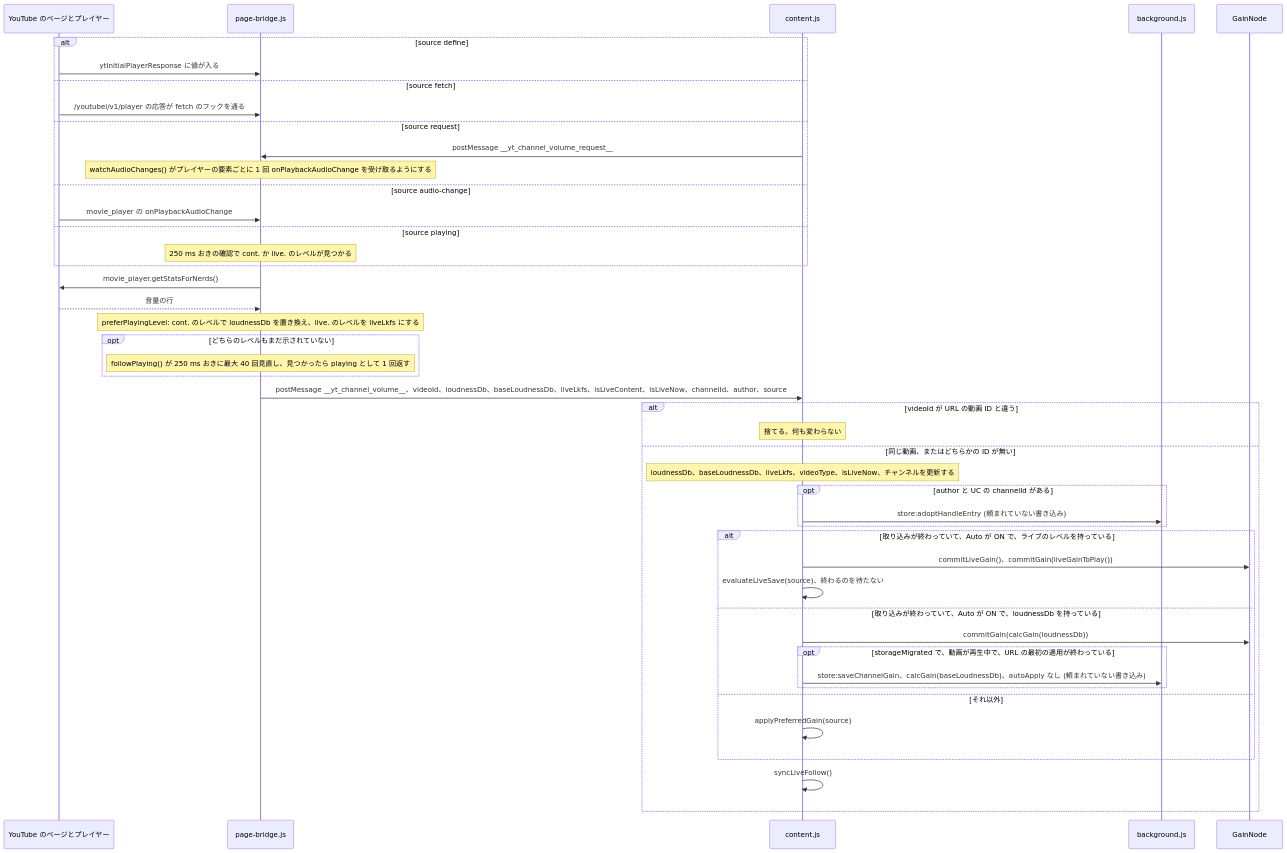
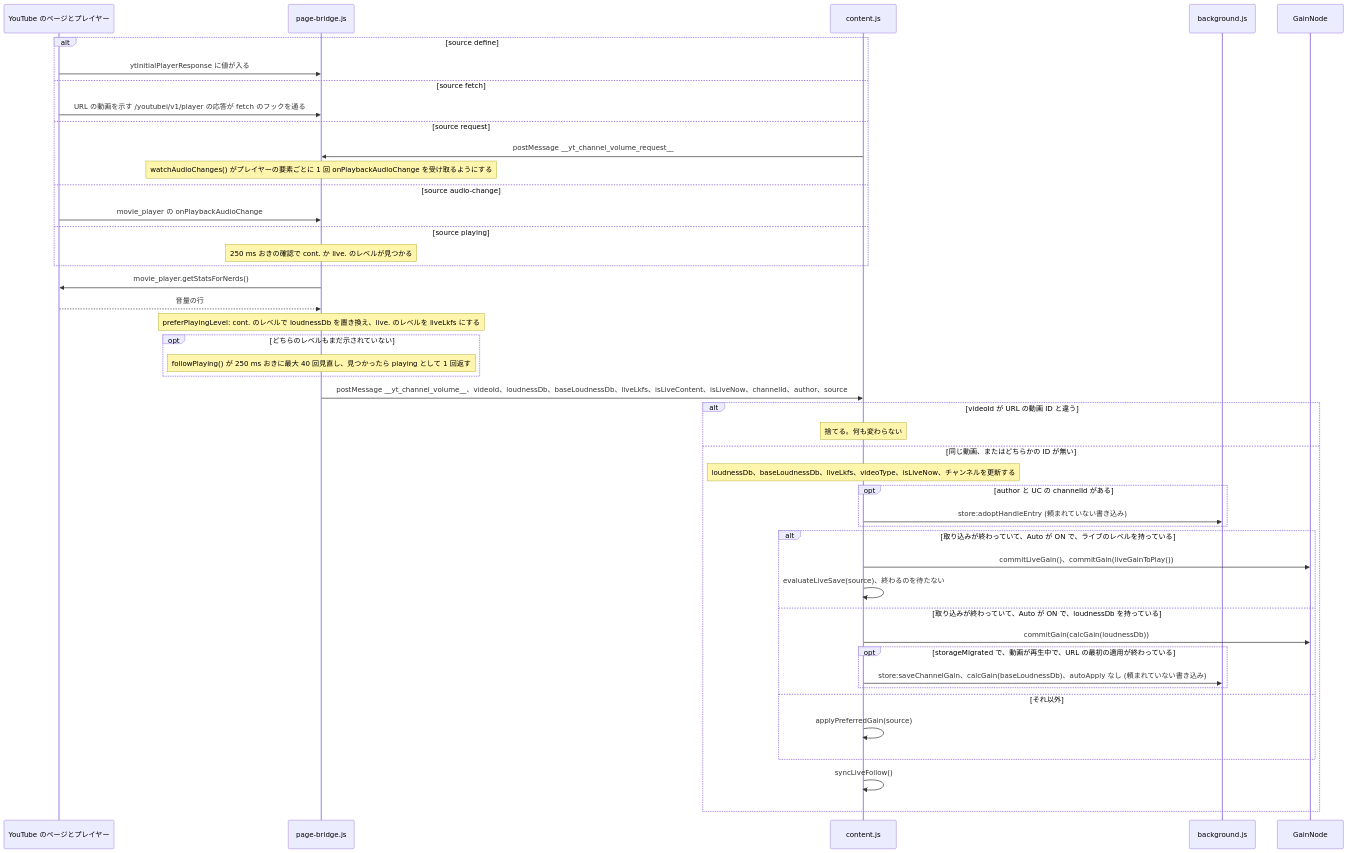
The eighth of 14 diagrams in docs/gain-change-and-save.ja.md (semnil/yt-channel-volume), drawn with Mermaid before and after one commit. The commit also changed other lines of this file and 5 other files, not shown here.

First line of the commit message:
fix: take only a player response naming the URL's video from the fetch hook

````diff
--- a/docs/gain-change-and-save.ja.md
+++ b/docs/gain-change-and-save.ja.md
@@ -385,47 +385,47 @@
 ```mermaid
 sequenceDiagram
   participant Y as YouTube のページとプレイヤー
   participant B as page-bridge.js
   participant C as content.js
   participant W as background.js
   participant G as GainNode
   alt source define
     Y->>B: ytInitialPlayerResponse に値が入る
   else source fetch
-    Y->>B: /youtubei/v1/player の応答が fetch のフックを通る
+    Y->>B: URL の動画を示す /youtubei/v1/player の応答が fetch のフックを通る
   else source request
     C->>B: postMessage __yt_channel_volume_request__
     Note over B: watchAudioChanges() がプレイヤーの要素ごとに 1 回 onPlaybackAudioChange を受け取るようにする
   else source audio-change
     Y->>B: movie_player の onPlaybackAudioChange
   else source playing
     Note over B: 250 ms おきの確認で cont. か live. のレベルが見つかる
   end
   B->>Y: movie_player.getStatsForNerds()
   Y-->>B: 音量の行
   Note over B: preferPlayingLevel: cont. のレベルで loudnessDb を置き換え、live. のレベルを liveLkfs にする
   opt どちらのレベルもまだ示されていない
     Note over B: followPlaying() が 250 ms おきに最大 40 回見直し、見つかったら playing として 1 回返す
   end
   B->>C: postMessage __yt_channel_volume__、videoId、loudnessDb、baseLoudnessDb、liveLkfs、isLiveContent、isLiveNow、channelId、author、source
   alt videoId が URL の動画 ID と違う
     Note over C: 捨てる。何も変わらない
   else 同じ動画、またはどちらかの ID が無い
     Note over C: loudnessDb、baseLoudnessDb、liveLkfs、videoType、isLiveNow、チャンネルを更新する
     opt author と UC の channelId がある
       C->>W: store:adoptHandleEntry (頼まれていない書き込み)
     end
     alt 取り込みが終わっていて、Auto が ON で、ライブのレベルを持っている
       C->>G: commitLiveGain()、commitGain(liveGainToPlay())
       C->>C: evaluateLiveSave(source)、終わるのを待たない
     else 取り込みが終わっていて、Auto が ON で、loudnessDb を持っている
       C->>G: commitGain(calcGain(loudnessDb))
       opt storageMigrated で、動画が再生中で、URL の最初の適用が終わっている
         C->>W: store:saveChannelGain、calcGain(baseLoudnessDb)、autoApply なし (頼まれていない書き込み)
       end
     else それ以外
       C->>C: applyPreferredGain(source)
     end
     C->>C: syncLiveFollow()
   end
 ```
````
